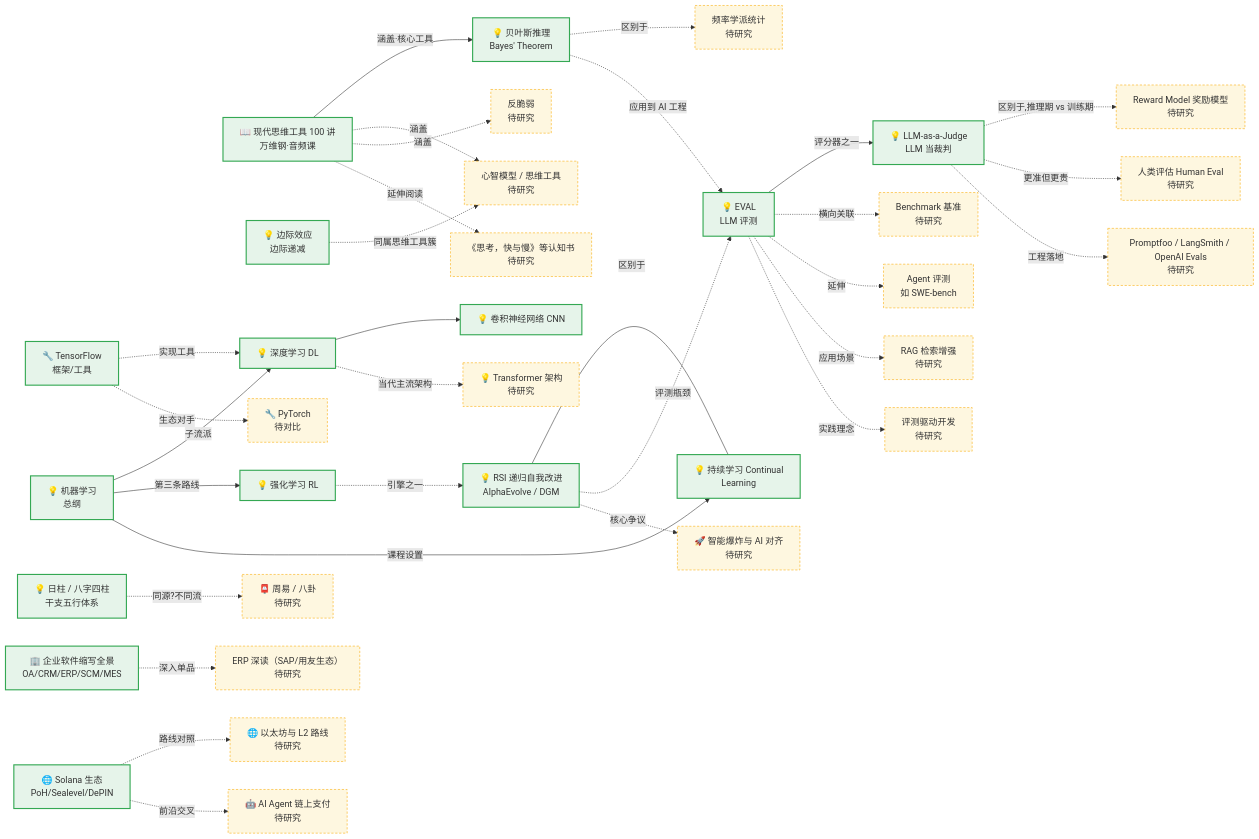
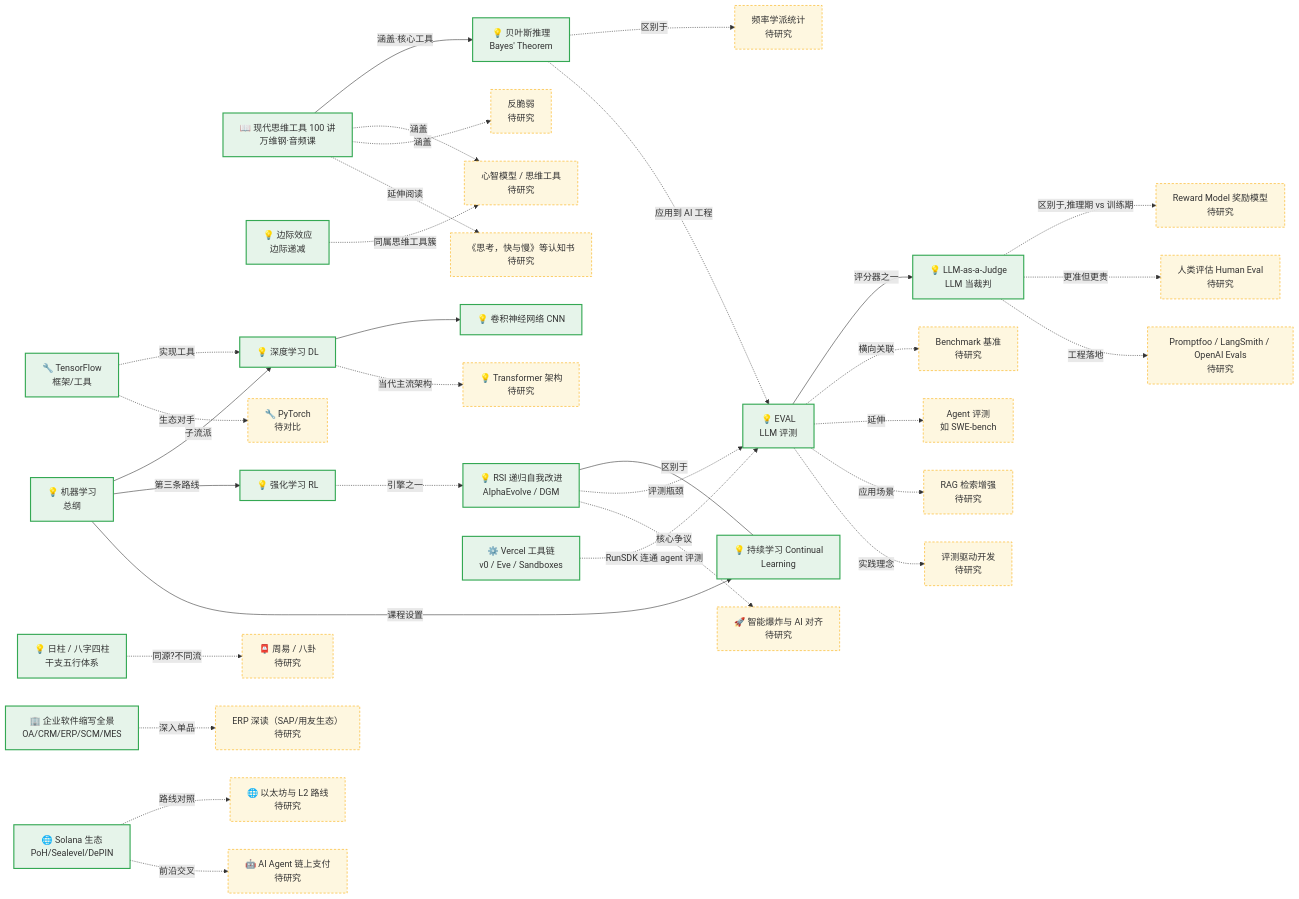
The diagram in relations.md (1739467001-svg/info-search), drawn with Mermaid before and after one commit. The commit also changed other lines of this file and 2 other files, not shown here.

Commit message:
docs: 新增《Vercel工具链》专题——核实 FX/Drive 不存在，v0/Eve/Sandboxes 用法

````diff
--- a/relations.md
+++ b/relations.md
@@ -7,73 +7,77 @@
 ```mermaid
 graph LR
     EVAL["💡 EVAL<br/>LLM 评测"]:::done
     J["💡 LLM-as-a-Judge<br/>LLM 当裁判"]:::done
     BOOK["📖 现代思维工具 100 讲<br/>万维钢·音频课"]:::done
     BAY["💡 贝叶斯推理<br/>Bayes' Theorem"]:::done
 
     EVAL -->|评分器之一| J
     BAY -.->|区别于| FREQ["频率学派统计<br/>待研究"]
     J -.->|区别于,推理期 vs 训练期| RM["Reward Model 奖励模型<br/>待研究"]
     J -.->|更准但更贵| HMAN["人类评估 Human Eval<br/>待研究"]
     EVAL -.->|横向关联| BENCH["Benchmark 基准<br/>待研究"]
     EVAL -.->|延伸| AGENT["Agent 评测<br/>如 SWE-bench"]
     EVAL -.->|应用场景| RAG["RAG 检索增强<br/>待研究"]
     EVAL -.->|实践理念| EDD["评测驱动开发<br/>待研究"]
     J -.->|工程落地| TOOL["Promptfoo / LangSmith / OpenAI Evals<br/>待研究"]
 
     BOOK -->|涵盖·核心工具| BAY
     BOOK -.->|涵盖| FWK["心智模型 / 思维工具<br/>待研究"]
     BOOK -.->|涵盖| ANTF["反脆弱<br/>待研究"]
     BOOK -.->|延伸阅读| TBOOK["《思考，快与慢》等认知书<br/>待研究"]
     BIAN["💡 边际效应<br/>边际递减"]:::done
     BIAN -.->|同属思维工具簇| FWK
 
     ML["💡 机器学习<br/>总纲"]:::done
     DL["💡 深度学习 DL"]:::done
     CNN["💡 卷积神经网络 CNN"]:::done
     TF["🔧 TensorFlow<br/>框架/工具"]:::done
     RL["💡 强化学习 RL"]:::done
     CL["💡 持续学习 Continual<br/>Learning"]:::done
     TR["💡 Transformer 架构<br/>待研究"]:::td
     PT["🔧 PyTorch<br/>待对比"]:::td
 
     ML -->|子流派| DL
     ML -->|第三条路线| RL
     ML -->|课程设置| CL
     DL --> CNN
     DL -.->|当代主流架构| TR
     TF -.->|实现工具| DL
     TF -.->|生态对手| PT
 
     RIZ["💡 日柱 / 八字四柱<br/>干支五行体系"]:::done
     BAG["📮 周易 / 八卦<br/>待研究"]:::td
     RIZ -.->|同源?不同流| BAG
 
     RSI["💡 RSI 递归自我改进<br/>AlphaEvolve / DGM"]:::done
     IE["🚀 智能爆炸与 AI 对齐<br/>待研究"]:::td
     RL -.->|引擎之一| RSI
     RSI ---|区别于| CL
     RSI -.->|评测瓶颈| EVAL
     RSI -.->|核心争议| IE
 
     ENT["🏢 企业软件缩写全景<br/>OA/CRM/ERP/SCM/MES"]:::done
     ERPD["ERP 深读（SAP/用友生态）<br/>待研究"]:::td
     ENT -.->|深入单品| ERPD
 
     SOL["🌐 Solana 生态<br/>PoH/Sealevel/DePIN"]:::done
     ETHC["🌐 以太坊与 L2 路线<br/>待研究"]:::td
     AIAGENT["🤖 AI Agent 链上支付<br/>待研究"]:::td
     SOL -.->|路线对照| ETHC
     SOL -.->|前沿交叉| AIAGENT
+
+    VZ["⚙️ Vercel 工具链<br/>v0 / Eve / Sandboxes"]:::done
+    VZ -.->|RunSDK 连通 agent 评测| EVAL
     BAY -.->|应用到 AI 工程| EVAL
 
     classDef done fill:#e6f4ea,stroke:#34a853,stroke-width:2px;
     classDef td fill:#fef7e0,stroke:#f9ab00,stroke-width:1px,stroke-dasharray: 4 3;
 class EVAL,J,BOOK,BAY,BIAN done;
 class ML,DL,CNN,TF,RL,CL done;
 class RIZ done;
 class RSI done;
 class ENT done;
 class SOL done;
+class VZ done;
 class TR,PT,BAG,IE,ERPD,ETHC,AIAGENT,FREQ,RM,HMAN,BENCH,AGENT,RAG,EDD,TOOL,FWK,ANTF,TBOOK td;
 ```
````
